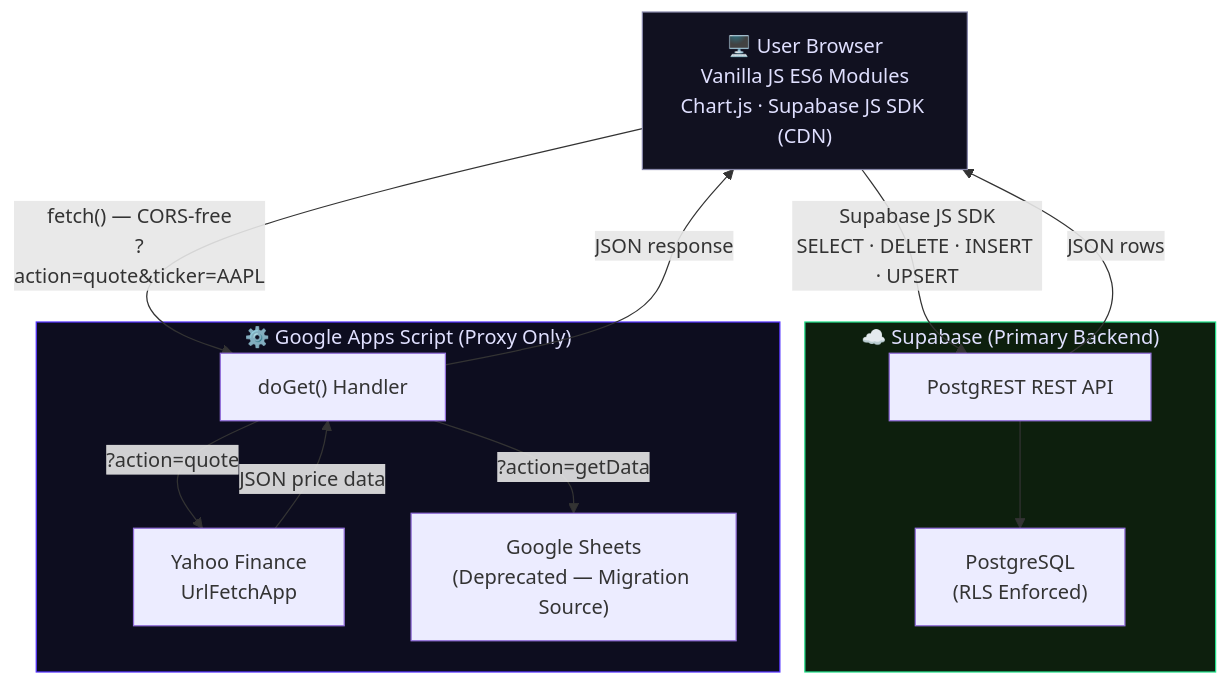
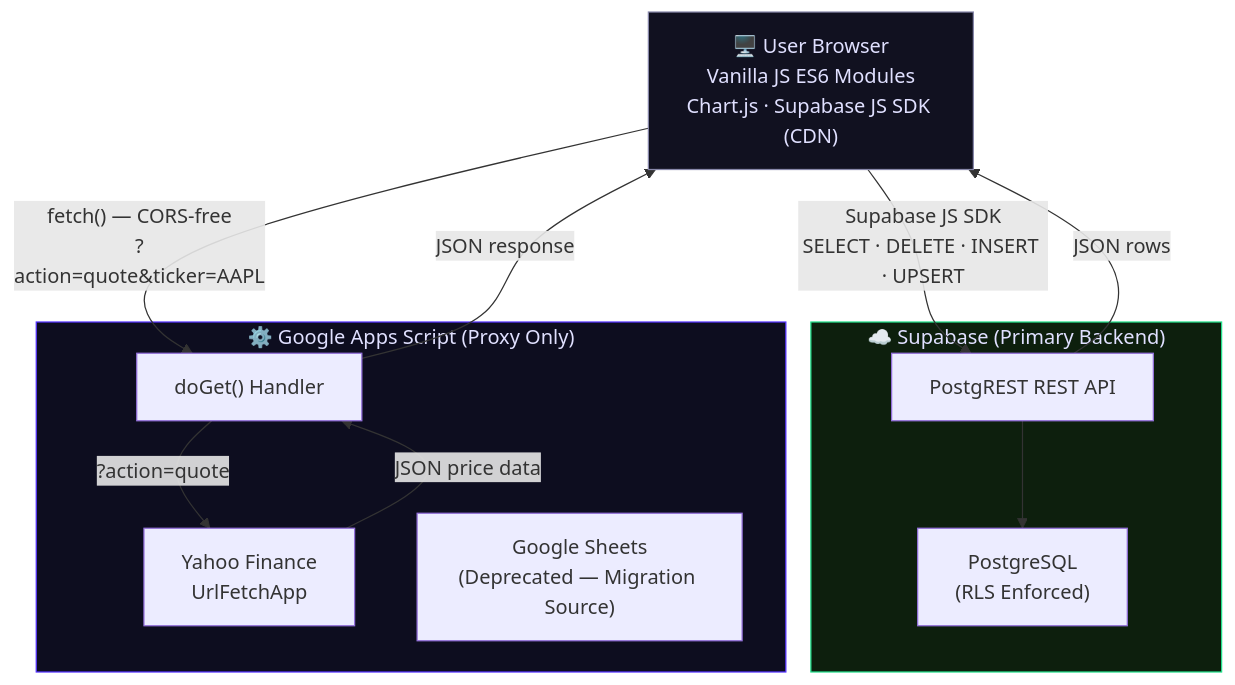
The first of 2 diagrams in docs/architecture.md (trackcmg/trackcmg.github.io), drawn with Mermaid before and after one commit. The commit also changed other lines of this file and 3 other files, not shown here.

````diff
--- a/docs/architecture.md
+++ b/docs/architecture.md
@@ -58,28 +56,28 @@
 ```mermaid
 graph TD
     Browser["🖥️ User Browser\nVanilla JS ES6 Modules\nChart.js · Supabase JS SDK (CDN)"]
 
     subgraph Supabase ["☁️ Supabase (Primary Backend)"]
         SB_API["PostgREST REST API"]
         SB_DB["PostgreSQL\n(RLS Enforced)"]
         SB_API --> SB_DB
     end
 
     subgraph GAS ["⚙️ Google Apps Script (Proxy Only)"]
         GAS_PROXY["doGet() Handler"]
         GAS_YAHOO["Yahoo Finance\nUrlFetchApp"]
         GAS_LEGACY["Google Sheets\n(Deprecated — Migration Source)"]
         GAS_PROXY -->|"?action=quote"| GAS_YAHOO
-        GAS_PROXY -->|"?action=getData"| GAS_LEGACY
+        %% GAS_LEGACY removed — migration completed
     end
 
     Browser -->|"Supabase JS SDK\nSELECT · DELETE · INSERT · UPSERT"| SB_API
     Browser -->|"fetch() — CORS-free\n?action=quote&ticker=AAPL"| GAS_PROXY
     GAS_YAHOO -->|"JSON price data"| GAS_PROXY
     GAS_PROXY -->|"JSON response"| Browser
     SB_API -->|"JSON rows"| Browser
 
     style Supabase fill:#0d1f0d,stroke:#22df8a,color:#e0e0ff
     style GAS fill:#0d0d1f,stroke:#5533ff,color:#e0e0ff
     style Browser fill:#111120,stroke:#8888aa,color:#e0e0ff
 ```
````
